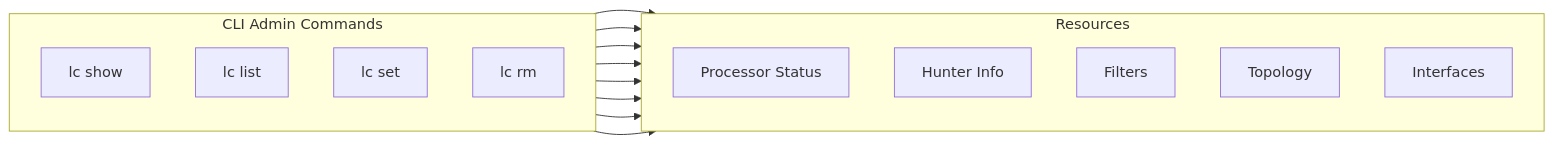
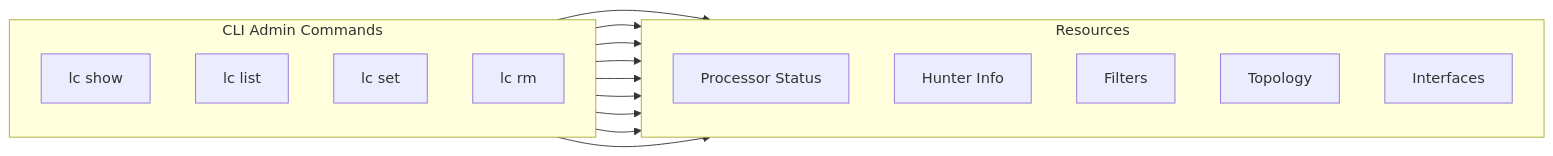
The diagram in docs/manual/src/part4-administration/cli-admin.md (endorses/lippycat), drawn with Mermaid before and after one commit. The commit also changed other lines of this file and 20 other files, not shown here.

First line of the commit message:
refactor(cli): split show hunters into list hunters / show hunter

````diff
--- a/docs/manual/src/part4-administration/cli-admin.md
+++ b/docs/manual/src/part4-administration/cli-admin.md
@@ -5,28 +5,29 @@
 ```mermaid
 flowchart LR
     subgraph Commands["CLI Admin Commands"]
         direction TB
         Show["lc show"]
         List["lc list"]
         Set["lc set"]
         Rm["lc rm"]
     end
 
     subgraph Targets["Resources"]
         direction TB
         Proc[Processor Status]
         Hunters[Hunter Info]
         Filters[Filters]
         Topo[Topology]
         Ifaces[Interfaces]
     end
 
     Show --> Proc
     Show --> Hunters
     Show --> Topo
     Show --> Filters
     List --> Ifaces
+    List --> Hunters
     List --> Filters
     Set --> Filters
     Rm --> Filters
 ```
````
